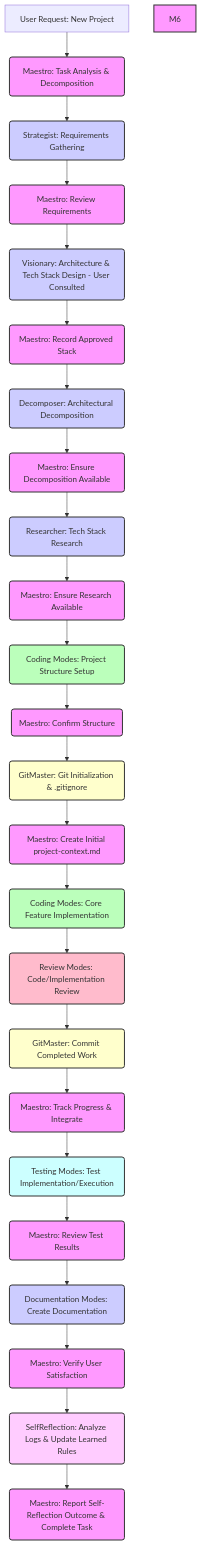
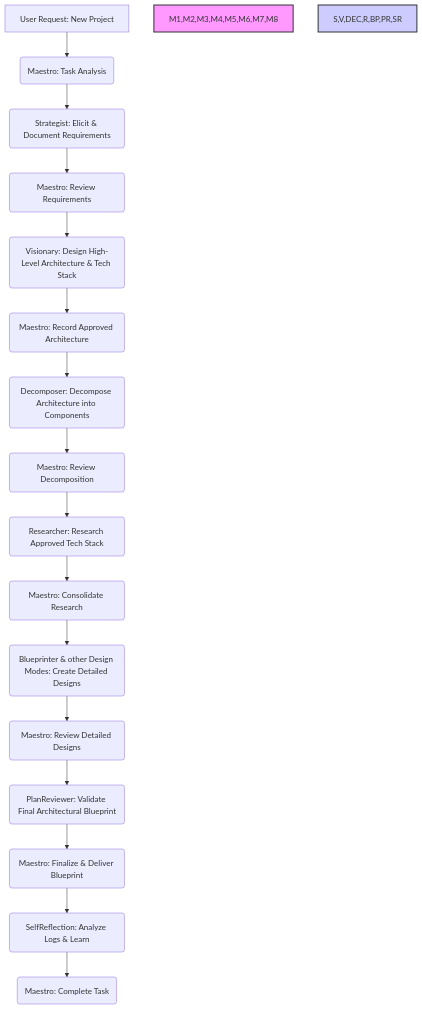
The diagram in .roo/rules-maestro/001. Task Analysis and Decomposition Protocol.md (jigza/maestro), drawn with Mermaid before and after one commit. The commit also changed other lines of this file and 120 other files, not shown here.

````diff
--- a/.roo/rules-maestro/001. Task Analysis and Decomposition Protocol.md
+++ b/.roo/rules-maestro/001. Task Analysis and Decomposition Protocol.md
@@ -9,51 +10,21 @@
 ```mermaid
 graph TD
-    A[User Request: New Project] --> M1(Maestro: Task Analysis & Decomposition)
-    M1 --> S(Strategist: Requirements Gathering)
-    S --> M2(Maestro: Review Requirements)
-    M2 --> V(Visionary: Architecture & Tech Stack Design - User Consulted)
-    V --> M3(Maestro: Record Approved Stack)
-    M3 --> DEC(Decomposer: Architectural Decomposition)
-    DEC --> M4(Maestro: Ensure Decomposition Available)
-    M4 --> R(Researcher: Tech Stack Research)
-    R --> M5(Maestro: Ensure Research Available)
-    M5 --> DEV(Coding Modes: Project Structure Setup)
-    DEV --> M7(Maestro: Confirm Structure)
-    M7 --> GM1(GitMaster: Git Initialization & .gitignore)
-    GM1 --> M8(Maestro: Create Initial project-context.md)
-    M8 --> DEV_IMPL(Coding Modes: Core Feature Implementation)
-    DEV_IMPL --> RV(Review Modes: Code/Implementation Review)
-    RV --> GM2(GitMaster: Commit Completed Work)
-    GM2 --> M9(Maestro: Track Progress & Integrate)
-    M9 --> T(Testing Modes: Test Implementation/Execution)
-    T --> M10(Maestro: Review Test Results)
-    M10 --> DOC(Documentation Modes: Create Documentation)
-    DOC --> M11(Maestro: Verify User Satisfaction)
-    M11 --> SR(SelfReflection: Analyze Logs & Update Learned Rules)
-    SR --> M12(Maestro: Report Self-Reflection Outcome & Complete Task)
+    A[User Request: New Project] --> M1(Maestro: Task Analysis);
+    M1 --> S(Strategist: Elicit & Document Requirements);
+    S --> M2(Maestro: Review Requirements);
+    M2 --> V(Visionary: Design High-Level Architecture & Tech Stack);
+    V --> M3(Maestro: Record Approved Architecture);
+    M3 --> DEC(Decomposer: Decompose Architecture into Components);
+    DEC --> M4(Maestro: Review Decomposition);
+    M4 --> R(Researcher: Research Approved Tech Stack);
+    R --> M5(Maestro: Consolidate Research);
+    M5 --> BP(Blueprinter & other Design Modes: Create Detailed Designs);
+    BP --> M6(Maestro: Review Detailed Designs);
+    M6 --> PR(PlanReviewer: Validate Final Architectural Blueprint);
+    PR --> M7(Maestro: Finalize & Deliver Blueprint);
+    M7 --> SR(SelfReflection: Analyze Logs & Learn);
+    SR --> M8(Maestro: Complete Task);
 
-    style M1 fill:#f9f,stroke:#333,stroke-width:2px
-    style M2 fill:#f9f,stroke:#333,stroke-width:2px
-    style M3 fill:#f9f,stroke:#333,stroke-width:2px
-    style M4 fill:#f9f,stroke:#333,stroke-width:2px
-    style M5 fill:#f9f,stroke:#333,stroke-width:2px
-    style M6 fill:#f9f,stroke:#333,stroke-width:2px
-    style M7 fill:#f9f,stroke:#333,stroke-width:2px
-    style M8 fill:#f9f,stroke:#333,stroke-width:2px
-    style M9 fill:#f9f,stroke:#333,stroke-width:2px
-    style M10 fill:#f9f,stroke:#333,stroke-width:2px
-    style M11 fill:#f9f,stroke:#333,stroke-width:2px
-    style M12 fill:#f9f,stroke:#333,stroke-width:2px
-    style S fill:#ccf,stroke:#333,stroke-width:2px
-    style V fill:#ccf,stroke:#333,stroke-width:2px
-    style DEC fill:#ccf,stroke:#333,stroke-width:2px
-    style R fill:#ccf,stroke:#333,stroke-width:2px
-    style DEV fill:#bfb,stroke:#333,stroke-width:2px
-    style GM1 fill:#ffc,stroke:#333,stroke-width:2px
-    style DEV_IMPL fill:#bfb,stroke:#333,stroke-width:2px
-    style RV fill:#fbc,stroke:#333,stroke-width:2px
-    style GM2 fill:#ffc,stroke:#333,stroke-width:2px
-    style T fill:#cff,stroke:#333,stroke-width:2px
-    style DOC fill:#ccf,stroke:#333,stroke-width:2px
-    style SR fill:#fcf,stroke:#333,stroke-width:2px
+    style M1,M2,M3,M4,M5,M6,M7,M8 fill:#f9f,stroke:#333,stroke-width:2px
+    style S,V,DEC,R,BP,PR,SR fill:#ccf,stroke:#333,stroke-width:2px
 ```
````
